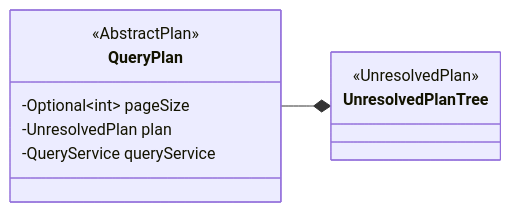
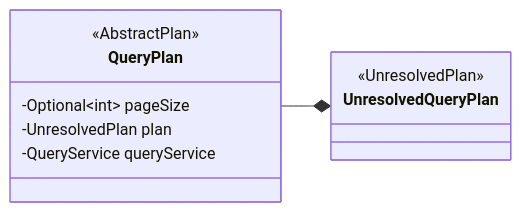
The second of 18 diagrams in docs/dev/Pagination-v2.md (opensearch-project/sql), drawn with Mermaid before and after one commit. The commit also changed other lines of this file, not shown here.

````diff
--- a/docs/dev/Pagination-v2.md
+++ b/docs/dev/Pagination-v2.md
@@ -181,14 +150,14 @@
 ```mermaid
 classDiagram
   direction LR
   class QueryPlan {
     <<AbstractPlan>>
     -Optional~int~ pageSize
     -UnresolvedPlan plan
     -QueryService queryService
   }
-  class UnresolvedPlanTree {
+  class UnresolvedQueryPlan {
     <<UnresolvedPlan>>
   }
-  QueryPlan --* UnresolvedPlanTree
+  QueryPlan --* UnresolvedQueryPlan
 ```
````
